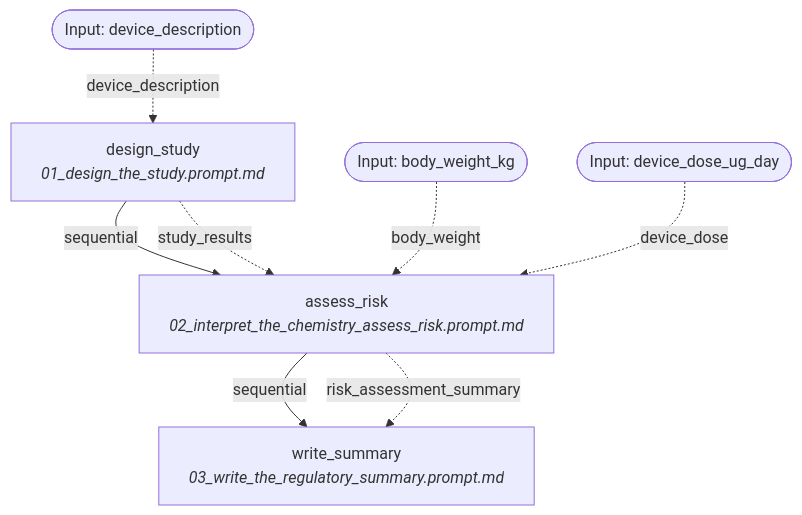
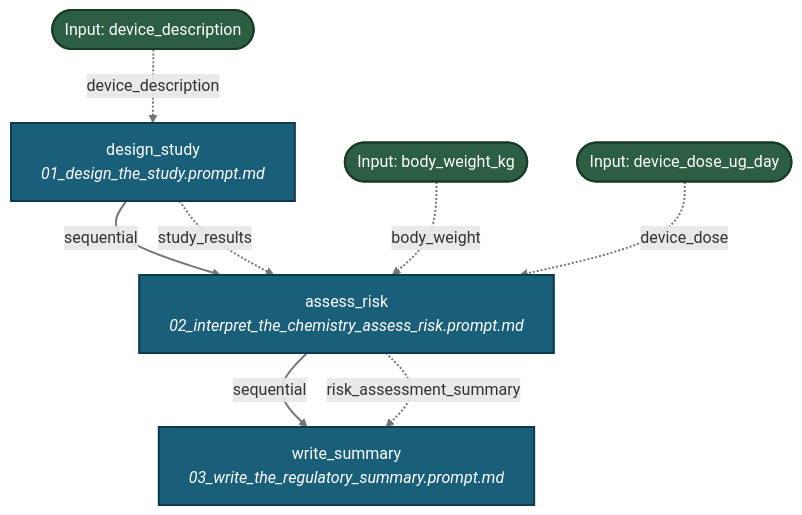
Before and after one commit to fderuiter/proompts: the diagram in docs/workflows/chemical_characterization.md, drawn with Mermaid. The commit also changed 267 other files, not shown here.

````diff
--- a/docs/workflows/chemical_characterization.md
+++ b/docs/workflows/chemical_characterization.md
@@ -11,16 +11,19 @@
 ```mermaid
 graph TD
-    INPUT_device_description([Input: device_description])
-    INPUT_body_weight_kg([Input: body_weight_kg])
-    INPUT_device_dose_ug_day([Input: device_dose_ug_day])
-    design_study[design_study<br><i>01_design_the_study.prompt.md</i>]
+    classDef stepNode fill:#1a5f7a,stroke:#0d3a4d,stroke-width:2px,color:#ffffff;
+    classDef inputNode fill:#2c5e43,stroke:#183b27,stroke-width:2px,color:#ffffff;
+    INPUT_device_description([Input: device_description]):::inputNode
+    INPUT_body_weight_kg([Input: body_weight_kg]):::inputNode
+    INPUT_device_dose_ug_day([Input: device_dose_ug_day]):::inputNode
+    design_study[design_study<br><i>01_design_the_study.prompt.md</i>]:::stepNode
     INPUT_device_description -. device_description .-> design_study
     design_study -->|sequential| assess_risk
-    assess_risk[assess_risk<br><i>02_interpret_the_chemistry_assess_risk.prompt.md</i>]
+    assess_risk[assess_risk<br><i>02_interpret_the_chemistry_assess_risk.prompt.md</i>]:::stepNode
     design_study -. study_results .-> assess_risk
     INPUT_body_weight_kg -. body_weight .-> assess_risk
     INPUT_device_dose_ug_day -. device_dose .-> assess_risk
     assess_risk -->|sequential| write_summary
-    write_summary[write_summary<br><i>03_write_the_regulatory_summary.prompt.md</i>]
+    write_summary[write_summary<br><i>03_write_the_regulatory_summary.prompt.md</i>]:::stepNode
     assess_risk -. risk_assessment_summary .-> write_summary
+    linkStyle default stroke:#767676,stroke-width:2px;
 ```
````
